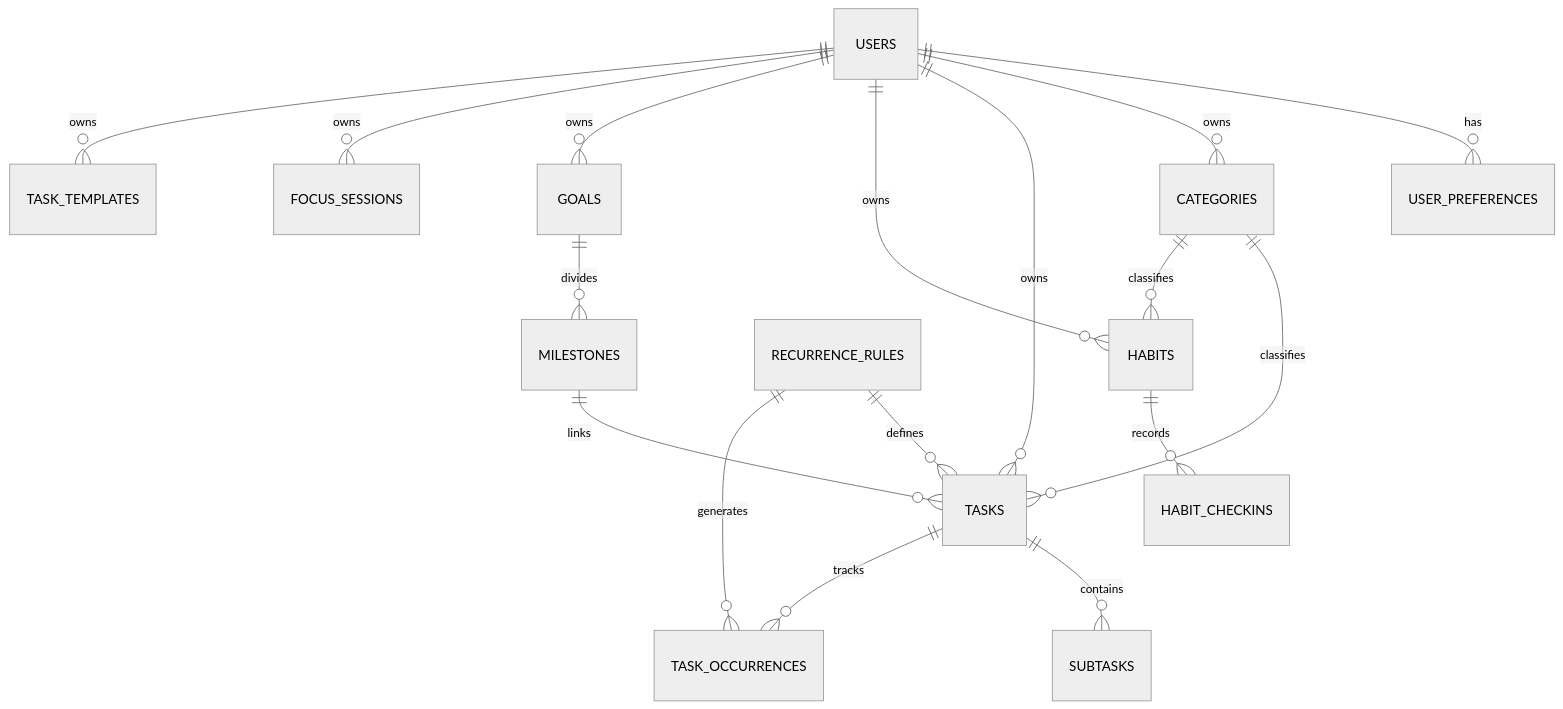
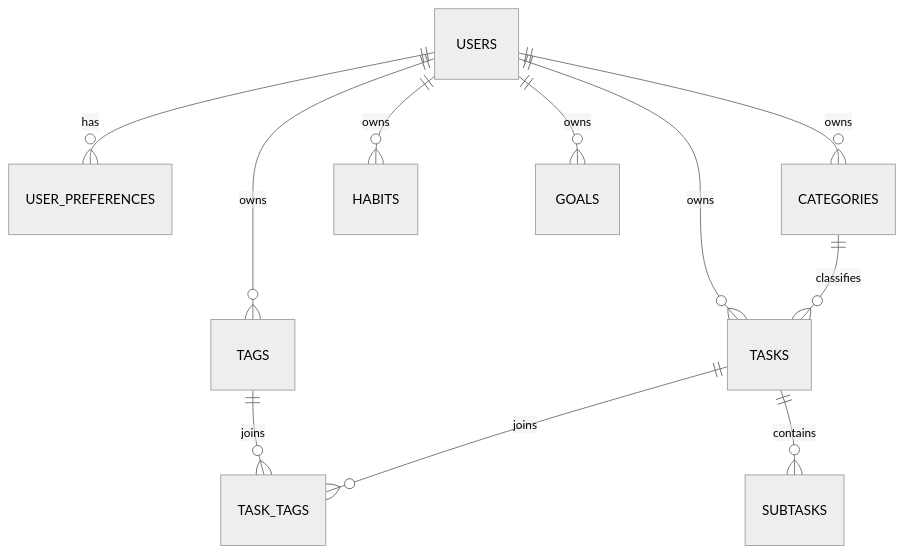
Before and after one commit to chandrashekhard17/Daily-Consistency-Tracker: the diagram in ARCHITECTURE.md, drawn with Mermaid (neutral theme). The commit also changed other lines of this file and 18 other files, not shown here.

````diff
--- a/ARCHITECTURE.md
+++ b/ARCHITECTURE.md
@@ -42,22 +42,14 @@
 ```mermaid
 erDiagram
     USERS ||--o{ USER_PREFERENCES : has
     USERS ||--o{ CATEGORIES : owns
+    USERS ||--o{ TAGS : owns
     USERS ||--o{ TASKS : owns
     USERS ||--o{ HABITS : owns
     USERS ||--o{ GOALS : owns
-    USERS ||--o{ FOCUS_SESSIONS : owns
-    USERS ||--o{ TASK_TEMPLATES : owns
-    
+
     CATEGORIES ||--o{ TASKS : classifies
-    CATEGORIES ||--o{ HABITS : classifies
-    
+    TAGS ||--o{ TASK_TAGS : joins
+    TASKS ||--o{ TASK_TAGS : joins
     TASKS ||--o{ SUBTASKS : contains
-    RECURRENCE_RULES ||--o{ TASKS : defines
-    RECURRENCE_RULES ||--o{ TASK_OCCURRENCES : generates
-    TASKS ||--o{ TASK_OCCURRENCES : tracks
-    
-    HABITS ||--o{ HABIT_CHECKINS : records
-    GOALS ||--o{ MILESTONES : divides
-    MILESTONES ||--o{ TASKS : links
 ```
````
